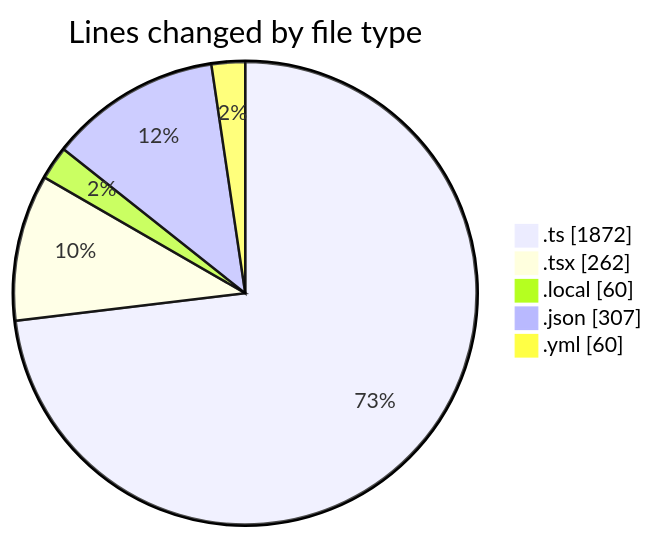
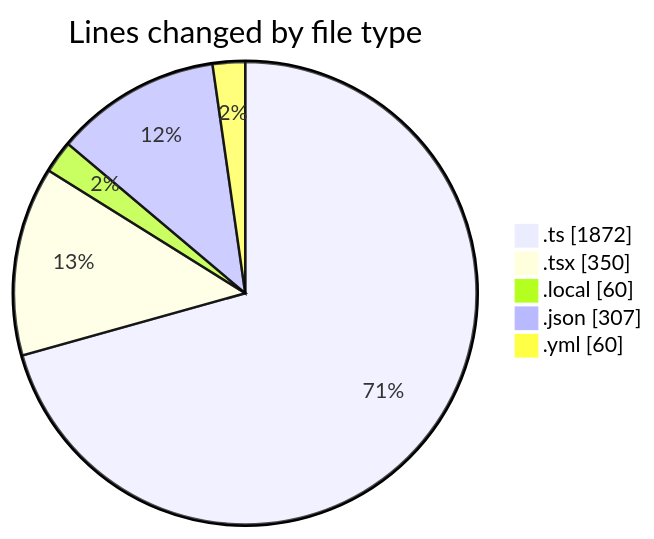
One commit to julien-gomy/code-tracking changed the first of 2 diagrams in 2025-11-26/eventscop-frontend-guide__workspace_/README.md. Above: the diagram before and after it, drawn with Mermaid. The commit also changed other lines of this file and 1 other file, not shown here.

````diff
--- a/2025-11-26/eventscop-frontend-guide__workspace_/README.md
+++ b/2025-11-26/eventscop-frontend-guide__workspace_/README.md
@@ -29,9 +30,9 @@
 ```mermaid
 pie showData
 title Lines changed by file type
 ".ts" : 1872
-".tsx" : 262
+".tsx" : 350
 ".local" : 60
 ".json" : 307
 ".yml" : 60
 ```
````
